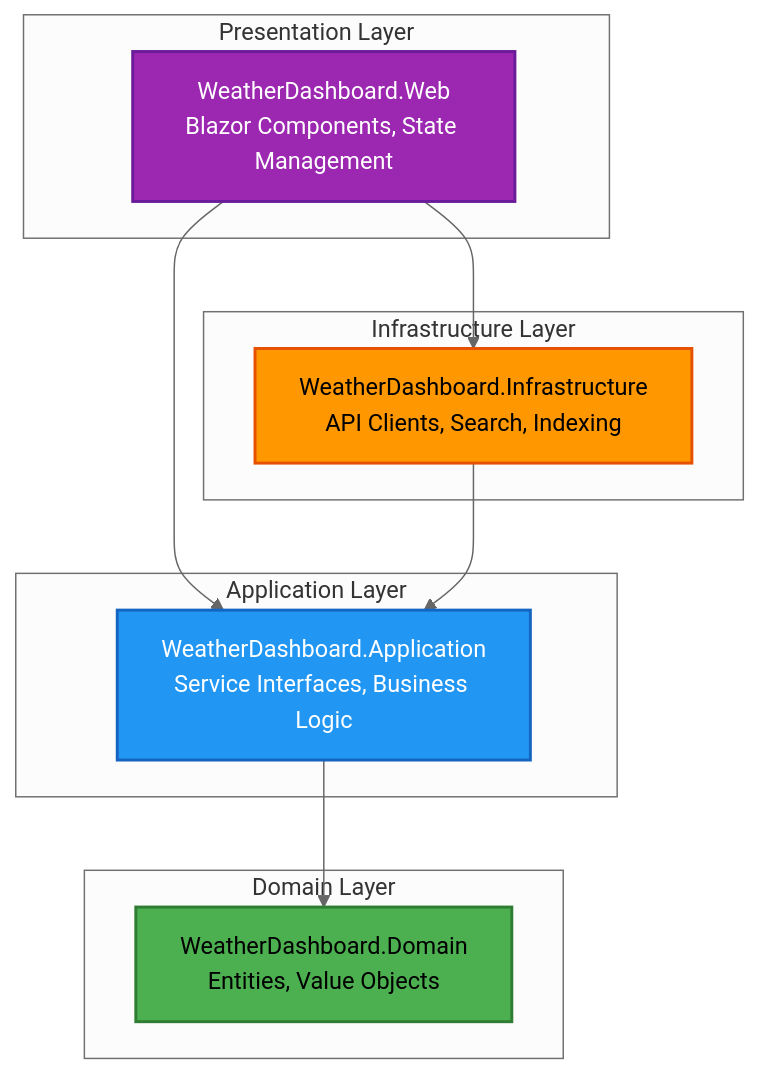
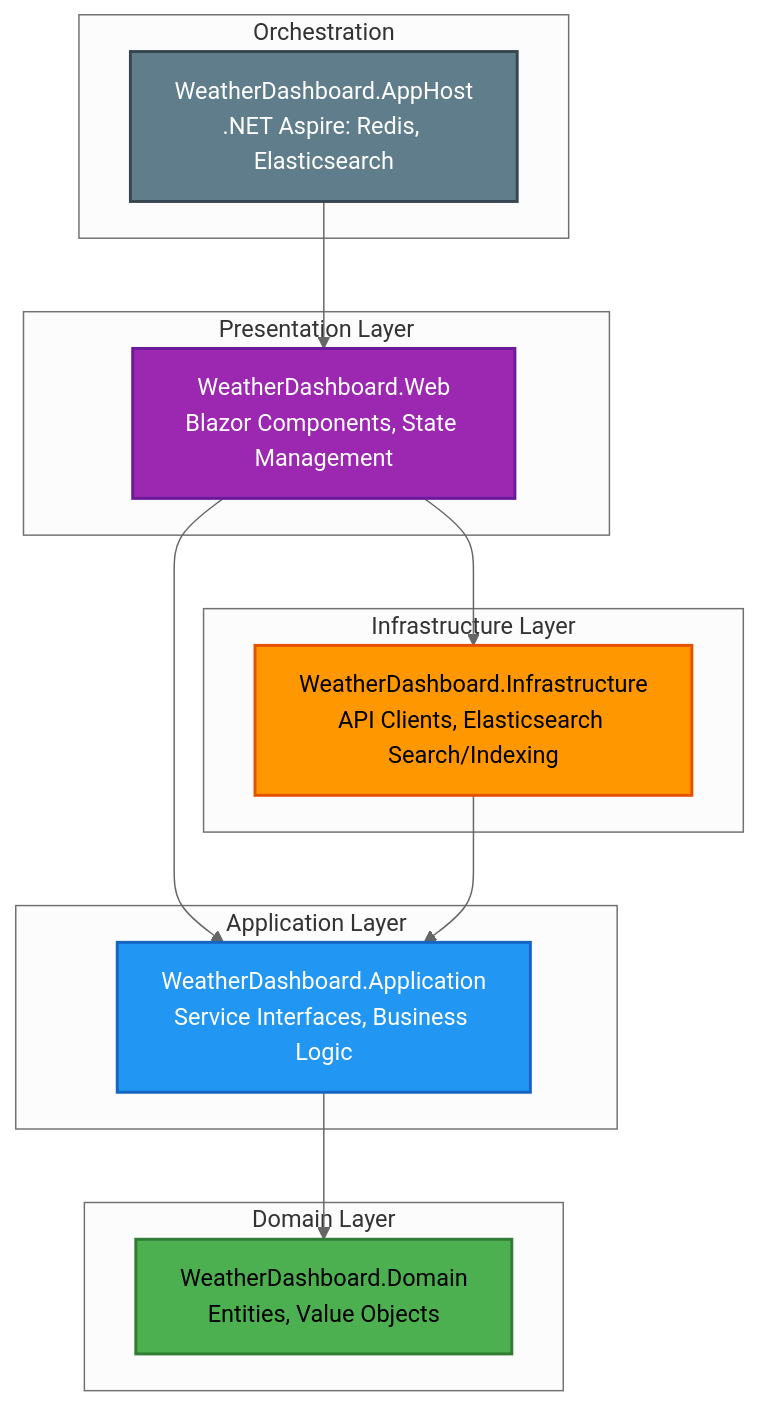
One commit to abrault-livefront/WeatherDashboard changed the first of 3 diagrams in README.md. Above: the diagram before and after it, drawn with Mermaid (neutral theme). The commit also changed other lines of this file and 26 other files, not shown here.

````diff
--- a/README.md
+++ b/README.md
@@ -206,28 +220,34 @@
 ```mermaid
 graph TB
+    subgraph "Orchestration"
+        Host[WeatherDashboard.AppHost<br/>.NET Aspire: Redis, Elasticsearch]
+    end
+
     subgraph "Presentation Layer"
         Web[WeatherDashboard.Web<br/>Blazor Components, State Management]
     end
 
     subgraph "Infrastructure Layer"
-        Infra[WeatherDashboard.Infrastructure<br/>API Clients, Search, Indexing]
+        Infra[WeatherDashboard.Infrastructure<br/>API Clients, Elasticsearch Search/Indexing]
     end
 
     subgraph "Application Layer"
         App[WeatherDashboard.Application<br/>Service Interfaces, Business Logic]
     end
 
     subgraph "Domain Layer"
         Domain[WeatherDashboard.Domain<br/>Entities, Value Objects]
     end
 
+    Host --> Web
     Web --> App
     Web --> Infra
     Infra --> App
     App --> Domain
 
     style Domain fill:#4caf50,stroke:#2e7d32,stroke-width:2px,color:#000
     style App fill:#2196f3,stroke:#1565c0,stroke-width:2px,color:#fff
     style Infra fill:#ff9800,stroke:#e65100,stroke-width:2px,color:#000
     style Web fill:#9c27b0,stroke:#6a1b9a,stroke-width:2px,color:#fff
+    style Host fill:#607d8b,stroke:#37474f,stroke-width:2px,color:#fff
 ```
````
